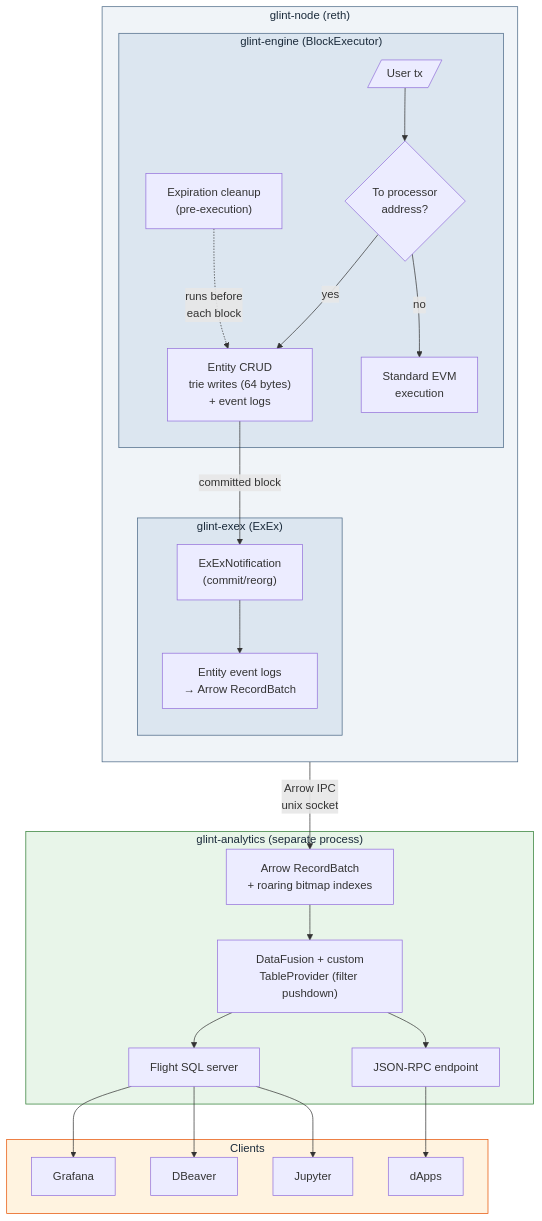
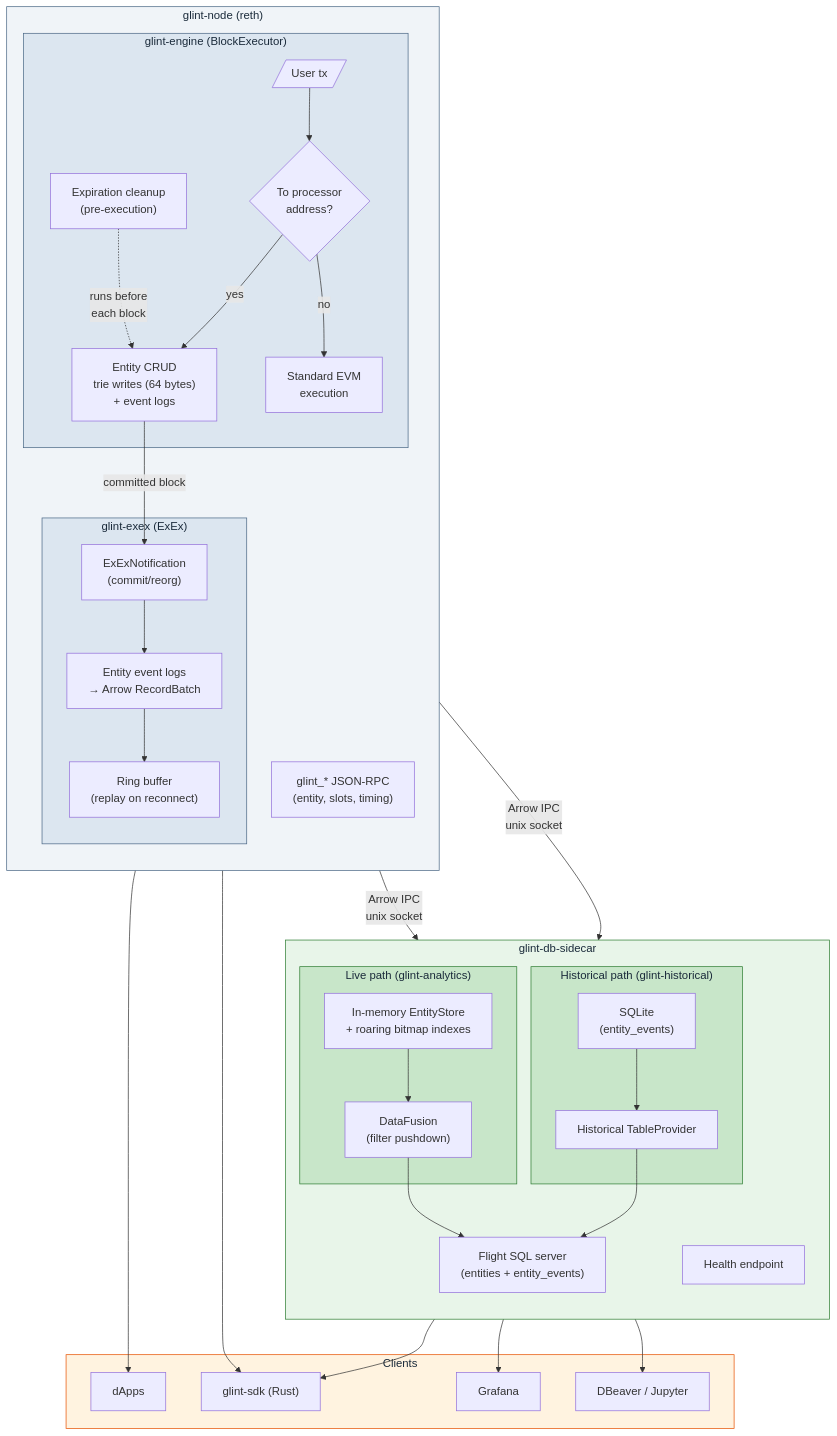
One commit to vaporif/mote changed the diagram in README.md. Above: the diagram before and after it, drawn with Mermaid. The commit also changed other lines of this file and 48 other files, not shown here.

First line of the commit message:
Sidecar db historical + nonce/gas advancement bug in consensus fixed (#27)

````diff
--- a/README.md
+++ b/README.md
@@ -92,57 +105,77 @@
 ```mermaid
 graph TB
     subgraph node["glint-node (reth)"]
         direction TB
 
         subgraph engine["glint-engine (BlockExecutor)"]
             tx_in[/"User tx"/]
             check{To processor<br/>address?}
             crud["Entity CRUD<br/>trie writes (64 bytes)<br/>+ event logs"]
             evm["Standard EVM<br/>execution"]
             expire["Expiration cleanup<br/>(pre-execution)"]
 
             tx_in --> check
             check -->|yes| crud
             check -->|no| evm
             expire -.->|runs before<br/>each block| crud
         end
 
         subgraph exex["glint-exex (ExEx)"]
             notify["ExExNotification<br/>(commit/reorg)"]
             arrow["Entity event logs<br/>→ Arrow RecordBatch"]
+            ring["Ring buffer<br/>(replay on reconnect)"]
             notify --> arrow
+            arrow --> ring
         end
+
+        rpc_node["glint_* JSON-RPC<br/>(entity, slots, timing)"]
 
         crud -->|committed block| notify
     end
 
-    subgraph analytics["glint-analytics (separate process)"]
-        store["Arrow RecordBatch<br/>+ roaring bitmap indexes"]
-        df["DataFusion + custom<br/>TableProvider (filter pushdown)"]
-        flight["Flight SQL server"]
-        rpc["JSON-RPC endpoint"]
-        store --> df
+    subgraph sidecar["glint-db-sidecar"]
+        direction TB
+
+        subgraph live["Live path (glint-analytics)"]
+            store["In-memory EntityStore<br/>+ roaring bitmap indexes"]
+            df["DataFusion<br/>(filter pushdown)"]
+            store --> df
+        end
+
+        subgraph hist["Historical path (glint-historical)"]
+            sqlite["SQLite<br/>(entity_events)"]
+            hist_prov["Historical TableProvider"]
+            sqlite --> hist_prov
+        end
+
+        flight["Flight SQL server<br/>(entities + entity_events)"]
+        health["Health endpoint"]
+
         df --> flight
-        df --> rpc
+        hist_prov --> flight
     end
 
-    arrow -->|Arrow IPC<br/>unix socket| store
+    ring -->|Arrow IPC<br/>unix socket| store
+    ring -->|Arrow IPC<br/>unix socket| sqlite
 
     subgraph clients["Clients"]
+        sdk["glint-sdk (Rust)"]
         grafana["Grafana"]
-        dbeaver["DBeaver"]
-        jupyter["Jupyter"]
+        dbeaver["DBeaver / Jupyter"]
         app["dApps"]
     end
 
+    flight --> sdk
     flight --> grafana
     flight --> dbeaver
-    flight --> jupyter
-    rpc --> app
+    rpc_node --> app
+    rpc_node --> sdk
 
     style node fill:#f0f4f8,stroke:#4a6785,color:#1a2a3a
     style engine fill:#dce6f0,stroke:#4a6785,color:#1a2a3a
     style exex fill:#dce6f0,stroke:#4a6785,color:#1a2a3a
-    style analytics fill:#e8f5e9,stroke:#2e7d32,color:#1a2a3a
+    style sidecar fill:#e8f5e9,stroke:#2e7d32,color:#1a2a3a
+    style live fill:#c8e6c9,stroke:#2e7d32,color:#1a2a3a
+    style hist fill:#c8e6c9,stroke:#2e7d32,color:#1a2a3a
     style clients fill:#fff3e0,stroke:#e65100,color:#1a2a3a
 ```
````
